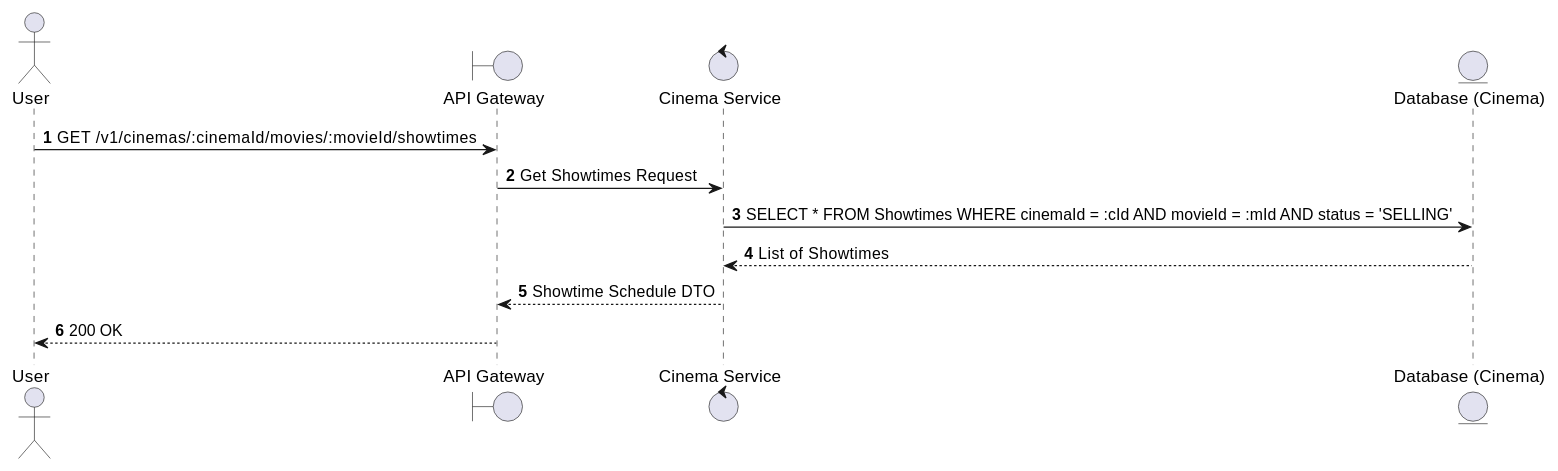
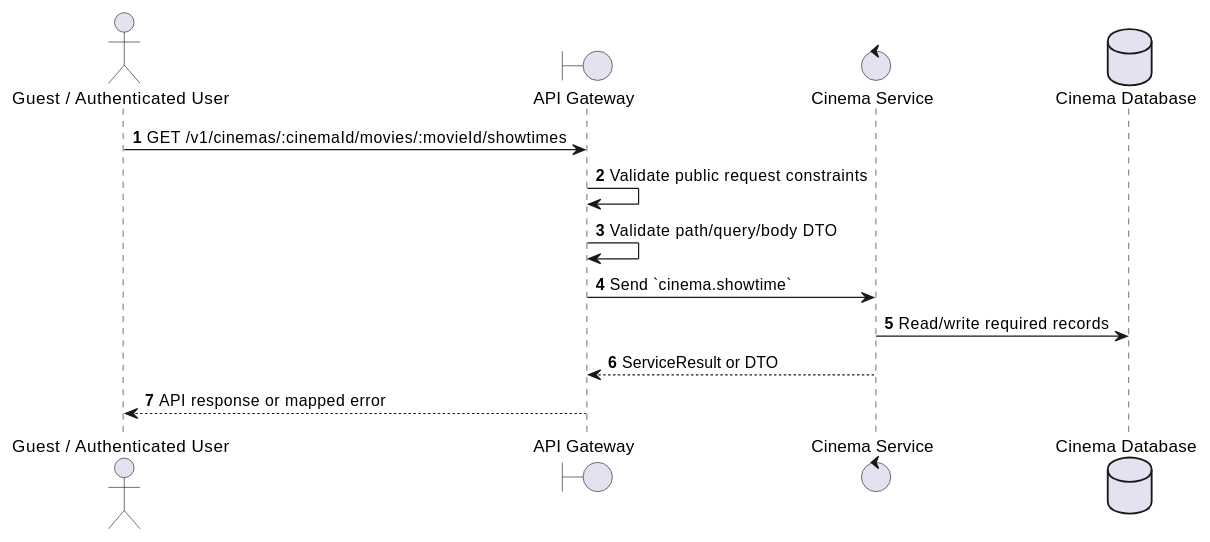
One commit to Tanh1603/movie-hub-architecture changed the first of 2 diagrams in docs/functional_specs/3.4_Showtime_Scheduling/ST-07_Get_Movie_Showtimes_at_Cinema.md. Above: the diagram before and after it, drawn with PlantUML. The commit also changed other lines of this file and 126 other files, not shown here.

````diff
--- a/docs/functional_specs/3.4_Showtime_Scheduling/ST-07_Get_Movie_Showtimes_at_Cinema.md
+++ b/docs/functional_specs/3.4_Showtime_Scheduling/ST-07_Get_Movie_Showtimes_at_Cinema.md
@@ -17,16 +17,17 @@
 ```plantuml
 @startuml
 autonumber
-actor User
+actor "Guest / Authenticated User" as Actor
 boundary "API Gateway" as GW
-control "Cinema Service" as CS
-entity "Database (Cinema)" as DB
+control "Cinema Service" as SVC
+database "Cinema Database" as DB
 
-User -> GW: GET /v1/cinemas/:cinemaId/movies/:movieId/showtimes
-GW -> CS: Get Showtimes Request
-CS -> DB: SELECT * FROM Showtimes WHERE cinemaId = :cId AND movieId = :mId AND status = 'SELLING'
-DB --> CS: List of Showtimes
-CS --> GW: Showtime Schedule DTO
-GW --> User: 200 OK
+Actor -> GW: GET /v1/cinemas/:cinemaId/movies/:movieId/showtimes
+GW -> GW: Validate public request constraints
+GW -> GW: Validate path/query/body DTO
+GW -> SVC: Send `cinema.showtime`
+SVC -> DB: Read/write required records
+SVC --> GW: ServiceResult or DTO
+GW --> Actor: API response or mapped error
 @enduml
 ```
````
